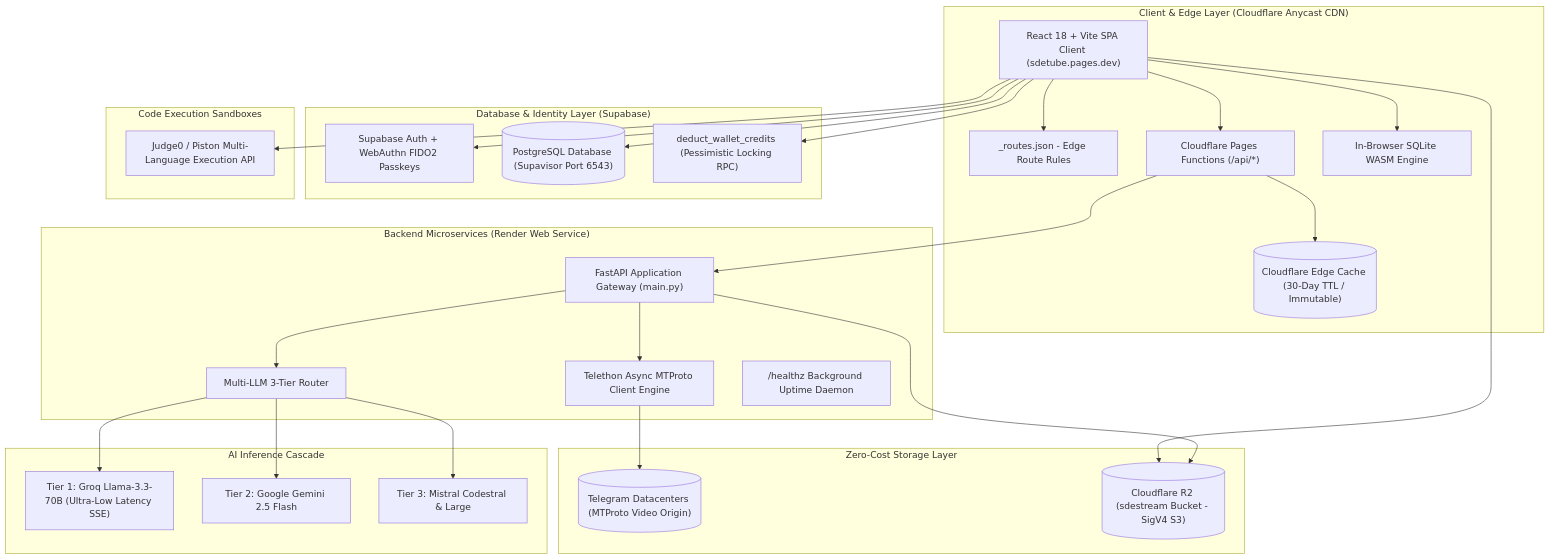
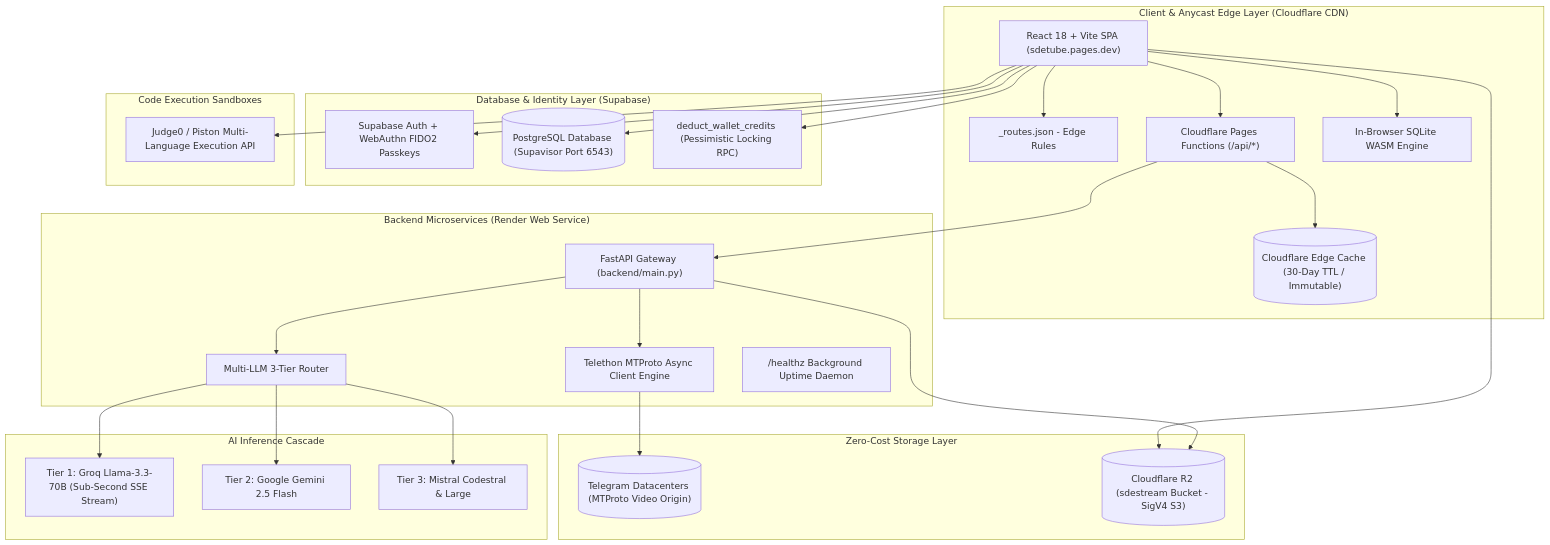
The first of 7 diagrams in SYSTEM_ARCHITECTURE_LLD_HLD.md (mdalamrahman/edustreams), drawn with Mermaid before and after one commit. The commit also changed other lines of this file and 1 other file, not shown here.

Commit message:
docs: add full Low-Level Design (LLD), component breakdowns, service deep-dives and user flows

````diff
--- a/SYSTEM_ARCHITECTURE_LLD_HLD.md
+++ b/SYSTEM_ARCHITECTURE_LLD_HLD.md
@@ -50,59 +52,57 @@
 ```mermaid
 graph TB
-    subgraph ClientLayer ["Client & Edge Layer (Cloudflare Anycast CDN)"]
-        SPA["React 18 + Vite SPA Client (sdetube.pages.dev)"]
-        CF_RTE["_routes.json - Edge Route Rules"]
+    subgraph ClientLayer ["Client & Anycast Edge Layer (Cloudflare CDN)"]
+        SPA["React 18 + Vite SPA (sdetube.pages.dev)"]
+        CF_RTE["_routes.json - Edge Rules"]
         CF_FUNC["Cloudflare Pages Functions (/api/*)"]
         CF_CACHE[("Cloudflare Edge Cache (30-Day TTL / Immutable)")]
         WASM_SQL["In-Browser SQLite WASM Engine"]
     end
 
     subgraph BackendLayer ["Backend Microservices (Render Web Service)"]
-        FASTAPI["FastAPI Application Gateway (main.py)"]
-        TELETHON["Telethon Async MTProto Client Engine"]
+        FASTAPI["FastAPI Gateway (backend/main.py)"]
+        TELETHON["Telethon MTProto Async Client Engine"]
         AI_CASCADE["Multi-LLM 3-Tier Router"]
         HEALTHZ["/healthz Background Uptime Daemon"]
     end
 
     subgraph StorageLayer ["Zero-Cost Storage Layer"]
         TG_DATACENTERS[("Telegram Datacenters (MTProto Video Origin)")]
         CF_R2[("Cloudflare R2 (sdestream Bucket - SigV4 S3)")]
     end
 
     subgraph DatabaseLayer ["Database & Identity Layer (Supabase)"]
         AUTH_PASSKEY["Supabase Auth + WebAuthn FIDO2 Passkeys"]
         PG_DB[("PostgreSQL Database (Supavisor Port 6543)")]
         RPC_WALLET["deduct_wallet_credits (Pessimistic Locking RPC)"]
     end
 
     subgraph AIProviders ["AI Inference Cascade"]
-        LLM_GROQ["Tier 1: Groq Llama-3.3-70B (Ultra-Low Latency SSE)"]
+        LLM_GROQ["Tier 1: Groq Llama-3.3-70B (Sub-Second SSE Stream)"]
         LLM_GEMINI["Tier 2: Google Gemini 2.5 Flash"]
         LLM_MISTRAL["Tier 3: Mistral Codestral & Large"]
     end
 
     subgraph CodeSandboxes ["Code Execution Sandboxes"]
         JUDGE0["Judge0 / Piston Multi-Language Execution API"]
     end
 
-    %% Client Connections
     SPA --> CF_RTE
     SPA --> CF_FUNC
     CF_FUNC --> CF_CACHE
     CF_FUNC --> FASTAPI
     SPA --> WASM_SQL
     SPA --> PG_DB
     SPA --> AUTH_PASSKEY
     SPA --> RPC_WALLET
     SPA --> JUDGE0
     SPA --> CF_R2
 
-    %% Backend Connections
     FASTAPI --> TELETHON
     TELETHON --> TG_DATACENTERS
     FASTAPI --> CF_R2
     FASTAPI --> AI_CASCADE
     AI_CASCADE --> LLM_GROQ
     AI_CASCADE --> LLM_GEMINI
     AI_CASCADE --> LLM_MISTRAL
 ```
````
